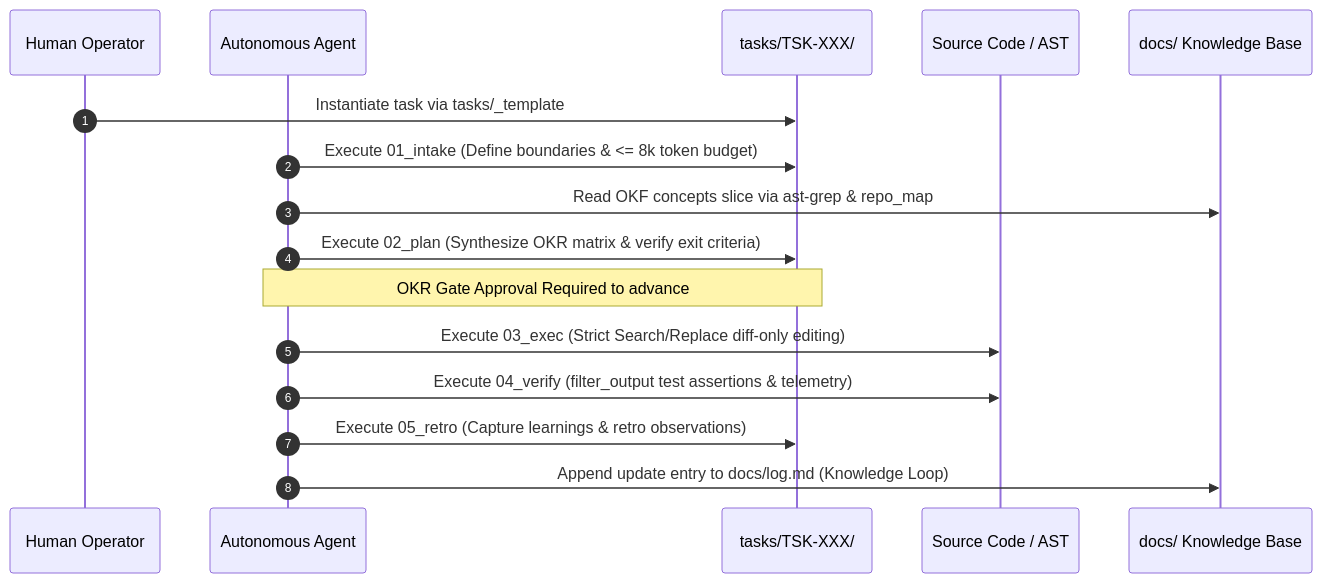
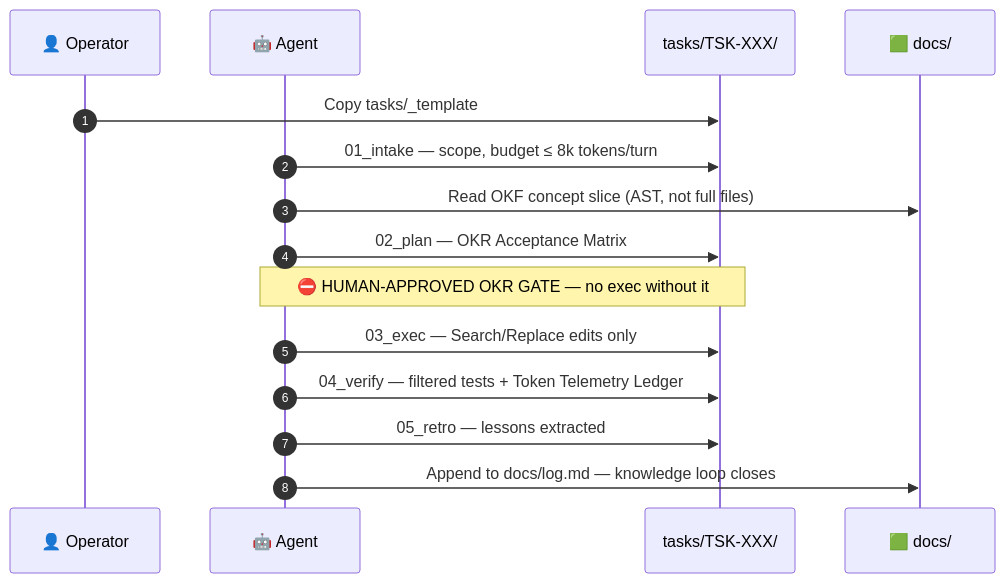
One commit to ZenzerJs/Ai-Lab changed the second of 3 diagrams in README.md. Above: the diagram before and after it, drawn with Mermaid. The commit also changed other lines of this file, not shown here.

````diff
--- a/README.md
+++ b/README.md
@@ -72,19 +123,18 @@
 ```mermaid
 sequenceDiagram
     autonumber
-    participant Dev as Human Operator
-    participant Agent as Autonomous Agent
-    participant Stage as tasks/TSK-XXX/
-    participant Code as Source Code / AST
-    participant Docs as docs/ Knowledge Base
+    participant D as 👤 Operator
+    participant A as 🤖 Agent
+    participant T as tasks/TSK-XXX/
+    participant K as 🟩 docs/
 
-    Dev->>Stage: Instantiate task via tasks/_template
-    Agent->>Stage: Execute 01_intake (Define boundaries & <= 8k token budget)
-    Agent->>Docs: Read OKF concepts slice via ast-grep & repo_map
-    Agent->>Stage: Execute 02_plan (Synthesize OKR matrix & verify exit criteria)
-    Note over Agent,Stage: OKR Gate Approval Required to advance
-    Agent->>Code: Execute 03_exec (Strict Search/Replace diff-only editing)
-    Agent->>Code: Execute 04_verify (filter_output test assertions & telemetry)
-    Agent->>Stage: Execute 05_retro (Capture learnings & retro observations)
-    Agent->>Docs: Append update entry to docs/log.md (Knowledge Loop)
+    D->>T: Copy tasks/_template
+    A->>T: 01_intake — scope, budget ≤ 8k tokens/turn
+    A->>K: Read OKF concept slice (AST, not full files)
+    A->>T: 02_plan — OKR Acceptance Matrix
+    Note over A,T: ⛔ HUMAN-APPROVED OKR GATE — no exec without it
+    A->>T: 03_exec — Search/Replace edits only
+    A->>T: 04_verify — filtered tests + Token Telemetry Ledger
+    A->>T: 05_retro — lessons extracted
+    A->>K: Append to docs/log.md — knowledge loop closes
 ```
````
